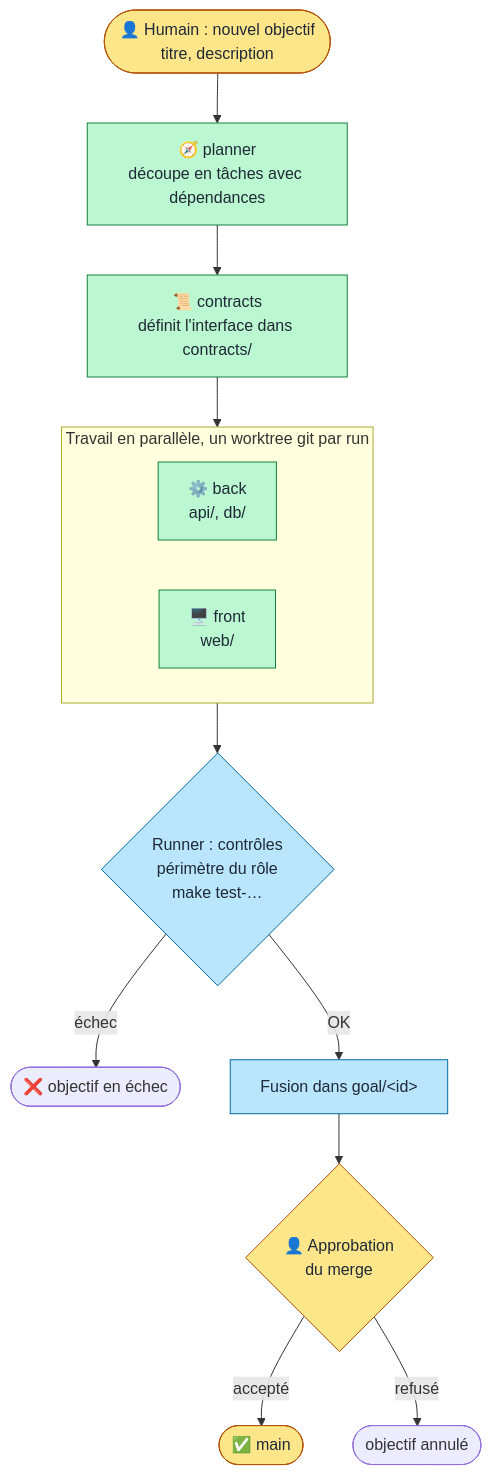
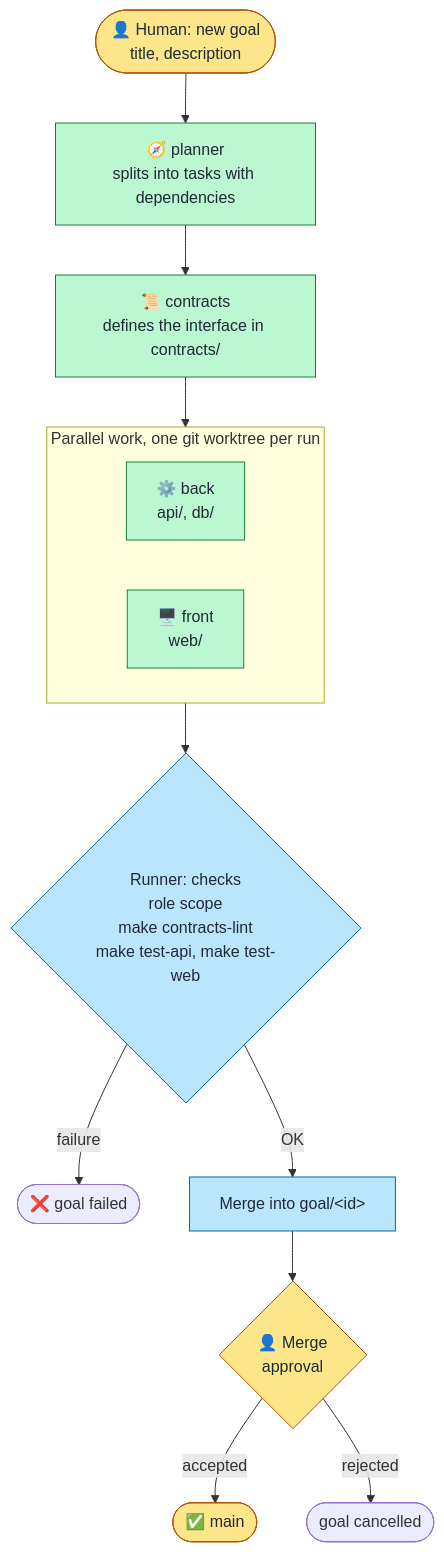
One commit to Dionysos/contract-first-agents changed the first of 2 diagrams in README.md. Above: the diagram before and after it, drawn with Mermaid. The commit also changed other lines of this file and 1 other file, not shown here.

````diff
--- a/README.md
+++ b/README.md
@@ -13,26 +15,26 @@
 ```mermaid
 flowchart TD
-    H1(["👤 Humain : nouvel objectif<br/>titre, description"]) --> P["🧭 planner<br/>découpe en tâches avec dépendances"]
-    P --> C["📜 contracts<br/>définit l'interface dans contracts/"]
+    H1(["👤 Human: new goal<br/>title, description"]) --> P["🧭 planner<br/>splits into tasks with dependencies"]
+    P --> C["📜 contracts<br/>defines the interface in contracts/"]
     C --> PAR
 
-    subgraph PAR ["Travail en parallèle, un worktree git par run"]
+    subgraph PAR ["Parallel work, one git worktree per run"]
         direction LR
         B["⚙️ back<br/>api/, db/"]
         F["🖥️ front<br/>web/"]
     end
 
-    PAR --> V{"Runner : contrôles<br/>périmètre du rôle<br/>make test-…"}
-    V -->|"échec"| KO(["❌ objectif en échec"])
-    V -->|"OK"| M["Fusion dans goal/&lt;id&gt;"]
-    M --> AM{"👤 Approbation<br/>du merge"}
-    AM -->|"accepté"| MAIN(["✅ main"])
-    AM -->|"refusé"| KO2(["objectif annulé"])
+    PAR --> V{"Runner: checks<br/>role scope<br/>make contracts-lint<br/>make test-api, make test-web"}
+    V -->|"failure"| KO(["❌ goal failed"])
+    V -->|"OK"| M["Merge into goal/&lt;id&gt;"]
+    M --> AM{"👤 Merge<br/>approval"}
+    AM -->|"accepted"| MAIN(["✅ main"])
+    AM -->|"rejected"| KO2(["goal cancelled"])
 
     classDef human fill:#fde68a,stroke:#b45309,color:#1f2937
     classDef agent fill:#bbf7d0,stroke:#15803d,color:#1f2937
     classDef go fill:#bae6fd,stroke:#0369a1,color:#1f2937
     class H1,AM,MAIN human
     class P,C,B,F agent
     class V,M go
 ```
````
